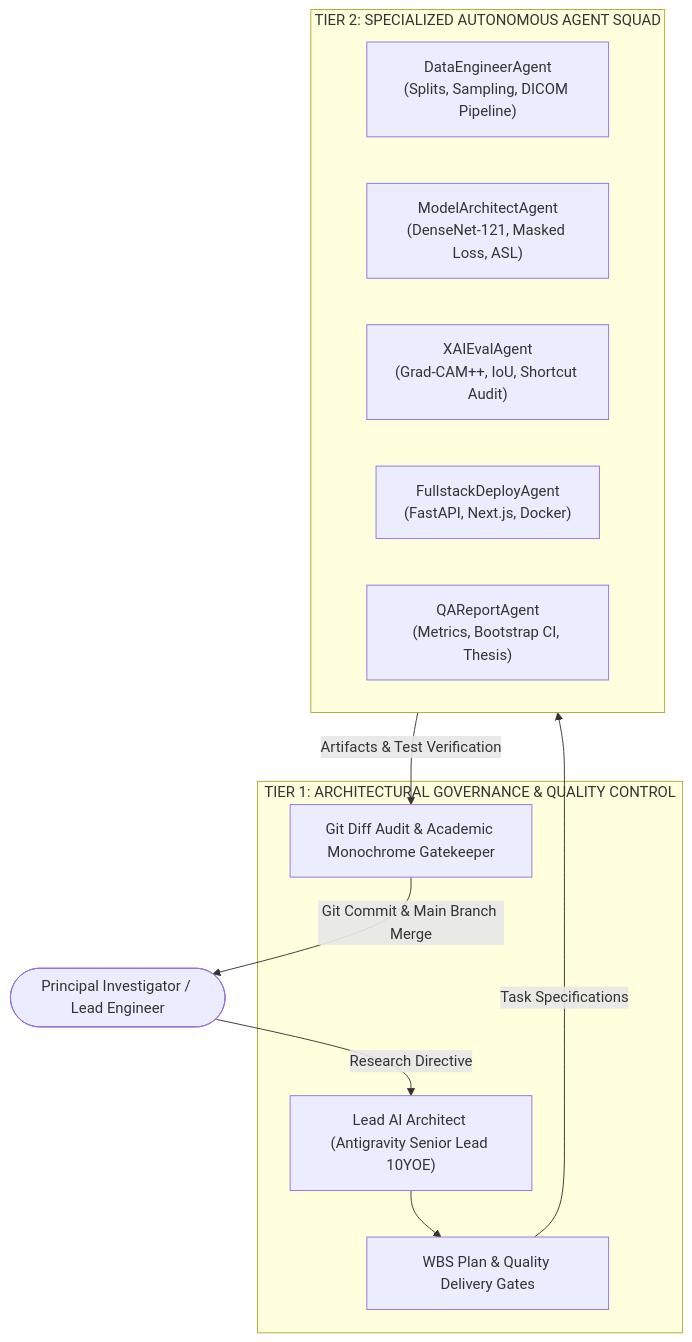
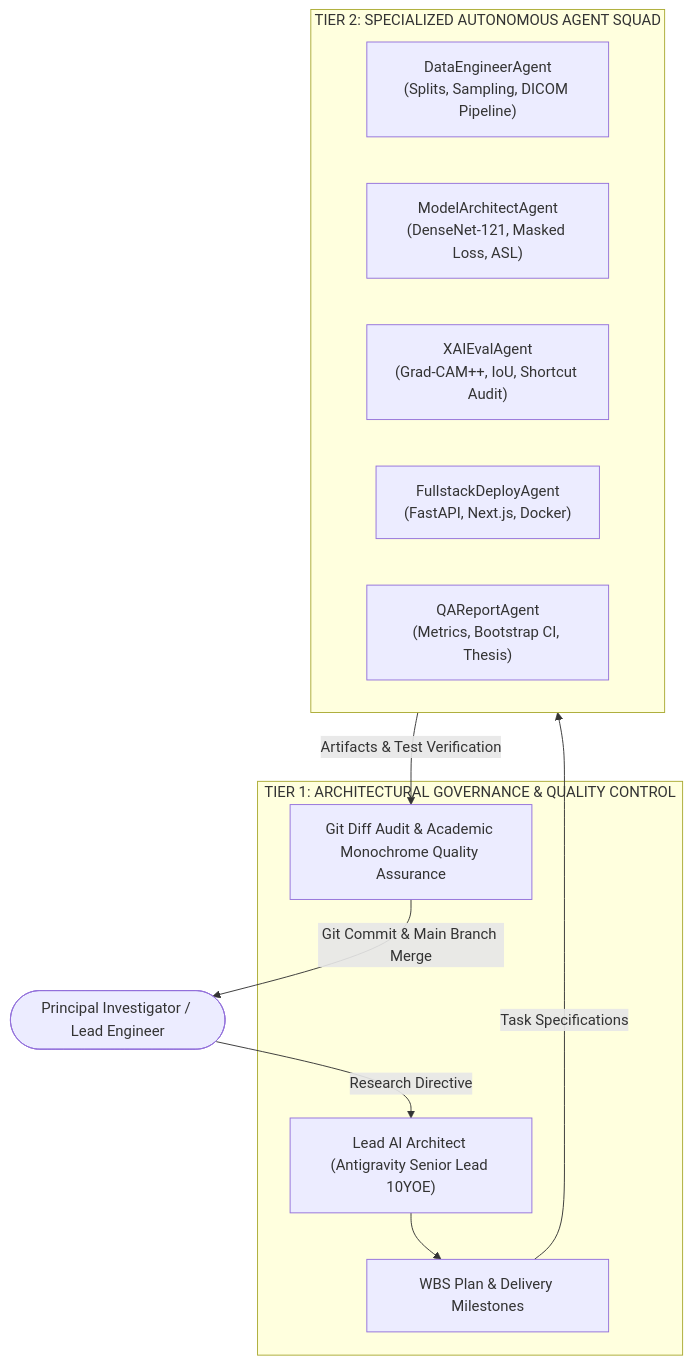
One commit to philipsgn/LungRay changed the first of 3 diagrams in reports/DSP391_Full_Thesis_Report.md. Above: the diagram before and after it, drawn with Mermaid. The commit also changed other lines of this file and 219 other files, not shown here.

````diff
--- a/reports/DSP391_Full_Thesis_Report.md
+++ b/reports/DSP391_Full_Thesis_Report.md
@@ -167,24 +167,24 @@
 ```mermaid
 graph TD
     User(["Principal Investigator / Lead Engineer"])
     
     subgraph GovernanceTier ["TIER 1: ARCHITECTURAL GOVERNANCE & QUALITY CONTROL"]
         AG["Lead AI Architect (Antigravity Senior Lead 10YOE)"]
-        Plan["WBS Plan & Quality Delivery Gates"]
-        Review["Git Diff Audit & Academic Monochrome Gatekeeper"]
+        Plan["WBS Plan & Delivery Milestones"]
+        Review["Git Diff Audit & Academic Monochrome Quality Assurance"]
     end
 
     subgraph SpecializedSquad ["TIER 2: SPECIALIZED AUTONOMOUS AGENT SQUAD"]
         DE["DataEngineerAgent\n(Splits, Sampling, DICOM Pipeline)"]
         MA["ModelArchitectAgent\n(DenseNet-121, Masked Loss, ASL)"]
         XE["XAIEvalAgent\n(Grad-CAM++, IoU, Shortcut Audit)"]
         FD["FullstackDeployAgent\n(FastAPI, Next.js, Docker)"]
         QA["QAReportAgent\n(Metrics, Bootstrap CI, Thesis)"]
     end
 
     User -->|Research Directive| AG
     AG --> Plan
     Plan -->|Task Specifications| SpecializedSquad
     SpecializedSquad -->|Artifacts & Test Verification| Review
     Review -->|Git Commit & Main Branch Merge| User
 ```
````
